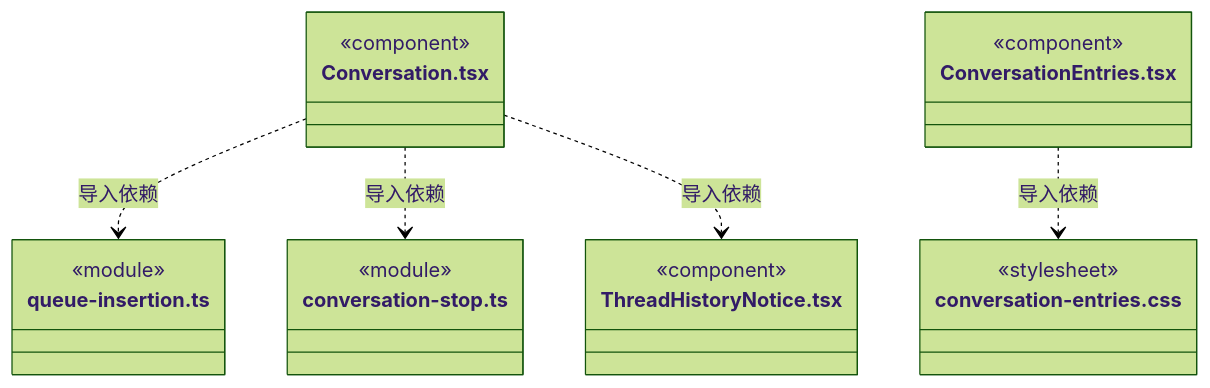
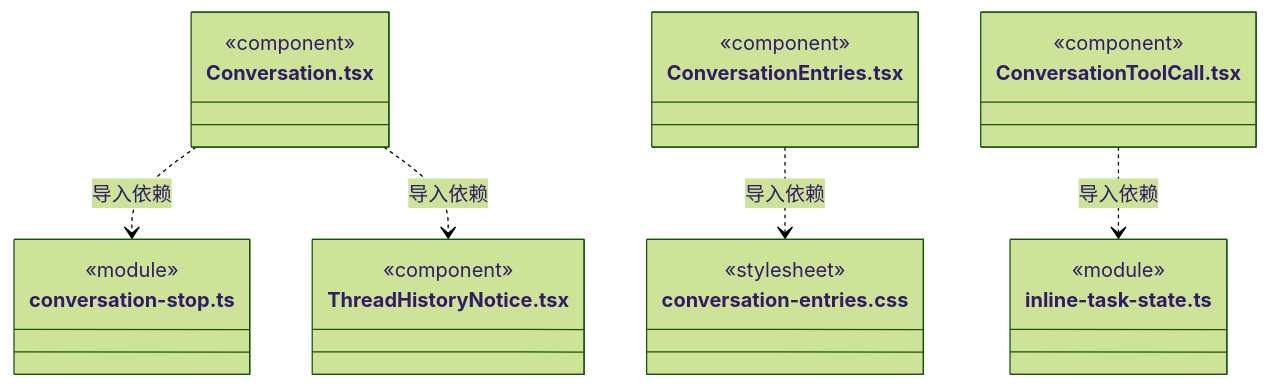
Diagram 44 of 49 in src/view/conversation/ARCHITECTURE.md (nan023062/cbim), drawn with Mermaid (forest theme) before and after one commit. The commit also changed other lines of this file and 15 other files, not shown here.

Commit message:
feat: queue ordinary input as separately identified task topics

````diff
--- a/src/view/conversation/ARCHITECTURE.md
+++ b/src/view/conversation/ARCHITECTURE.md
@@ -655,25 +655,28 @@
 ```mermaid
 classDiagram
 class N_src_view_conversation_Conversation_tsx["Conversation.tsx"] {
   <<component>>
-}
-class N_src_view_conversation_queue_insertion_ts["queue-insertion.ts"] {
-  <<module>>
 }
 class N_src_view_conversation_conversation_stop_ts["conversation-stop.ts"] {
   <<module>>
 }
 class N_src_view_conversation_ThreadHistoryNotice_tsx["ThreadHistoryNotice.tsx"] {
   <<component>>
 }
 class N_src_view_conversation_ConversationEntries_tsx["ConversationEntries.tsx"] {
   <<component>>
 }
 class N_src_view_conversation_conversation_entries_css["conversation-entries.css"] {
   <<stylesheet>>
 }
-N_src_view_conversation_Conversation_tsx ..> N_src_view_conversation_queue_insertion_ts : 导入依赖
+class N_src_view_conversation_ConversationToolCall_tsx["ConversationToolCall.tsx"] {
+  <<component>>
+}
+class N_src_view_conversation_inline_task_state_ts["inline-task-state.ts"] {
+  <<module>>
+}
 N_src_view_conversation_Conversation_tsx ..> N_src_view_conversation_conversation_stop_ts : 导入依赖
 N_src_view_conversation_Conversation_tsx ..> N_src_view_conversation_ThreadHistoryNotice_tsx : 导入依赖
 N_src_view_conversation_ConversationEntries_tsx ..> N_src_view_conversation_conversation_entries_css : 导入依赖
+N_src_view_conversation_ConversationToolCall_tsx ..> N_src_view_conversation_inline_task_state_ts : 导入依赖
 ```
````
